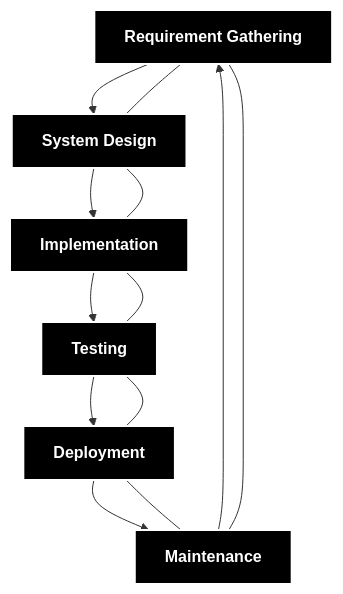
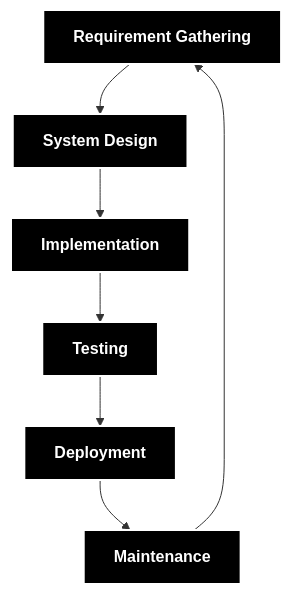
Before and after one commit to email4prasanth/MLOps_Notes: the diagram in 00_Intro.md, drawn with Mermaid.

Commit message:
added SDLC

````diff
--- a/00_Intro.md
+++ b/00_Intro.md
@@ -2,26 +2,16 @@
 ```mermaid
-graph TD
-    A[Requirement Gathering]
-    B[System Design]
-    C[Implementation]
-    D[Testing]
-    E[Deployment]
-    F[Maintenance]
-
-    A --> B
-    B --> C
-    C --> D
-    D --> E
-    E --> F
+flowchart TD
+    A[Requirement Gathering] --> B[System Design]
+    B --> C[Implementation]
+    C --> D[Testing]
+    D --> E[Deployment]
+    E --> F[Maintenance]
     F --> A
 
     style A fill:#000,stroke:#fff,stroke-width:2px,color:#fff,font-weight:bold
     style B fill:#000,stroke:#fff,stroke-width:2px,color:#fff,font-weight:bold
     style C fill:#000,stroke:#fff,stroke-width:2px,color:#fff,font-weight:bold
     style D fill:#000,stroke:#fff,stroke-width:2px,color:#fff,font-weight:bold
     style E fill:#000,stroke:#fff,stroke-width:2px,color:#fff,font-weight:bold
     style F fill:#000,stroke:#fff,stroke-width:2px,color:#fff,font-weight:bold
-
-    %% Positioning hints to suggest circular arrangement
-    A --- B --- C --- D --- E --- F --- A
 ```
````
